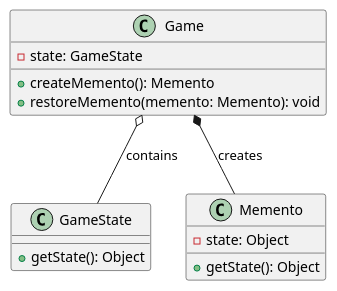
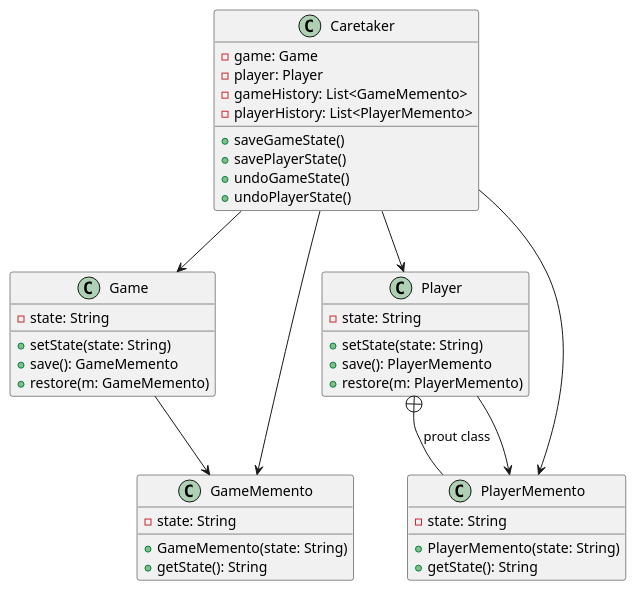
The diagram in UML/Memento/memento.plantuml (project-survivor/documentation), drawn with PlantUML before and after one commit. The commit also changed 1 other file, not shown here.

Commit message:
feat: Memento pattern implementation and UML diagram

```diff
--- a/UML/Memento/memento.plantuml
+++ b/UML/Memento/memento.plantuml
@@ -1,22 +1,48 @@
 @startuml
-hide footbox
-
 class Game {
-    -state: GameState
-    +createMemento(): Memento
-    +restoreMemento(memento: Memento): void
+    - state: String
+    + setState(state: String)
+    + save(): GameMemento
+    + restore(m: GameMemento)
 }
 
-class GameState {
-    +getState(): Object
+class GameMemento {
+    - state: String
+    + GameMemento(state: String)
+    + getState(): String
 }
 
-class Memento {
-    -state: Object
-    +getState(): Object
+class Player {
+    - state: String
+    + setState(state: String)
+    + save(): PlayerMemento
+    + restore(m: PlayerMemento)
 }
 
-Game *-- Memento : creates
-Game o-- GameState : contains
+Player +-- PlayerMemento : prout class
+
+class PlayerMemento {
+    - state: String
+    + PlayerMemento(state: String)
+    + getState(): String
+}
+
+class Caretaker {
+    - game: Game
+    - player: Player
+    - gameHistory: List<GameMemento>
+    - playerHistory: List<PlayerMemento>
+    + saveGameState()
+    + savePlayerState()
+    + undoGameState()
+    + undoPlayerState()
+}
+
+Game --> GameMemento
+Player --> PlayerMemento
+Caretaker --> Game
+Caretaker --> Player
+Caretaker --> GameMemento
+Caretaker --> PlayerMemento
 
 @enduml
```
